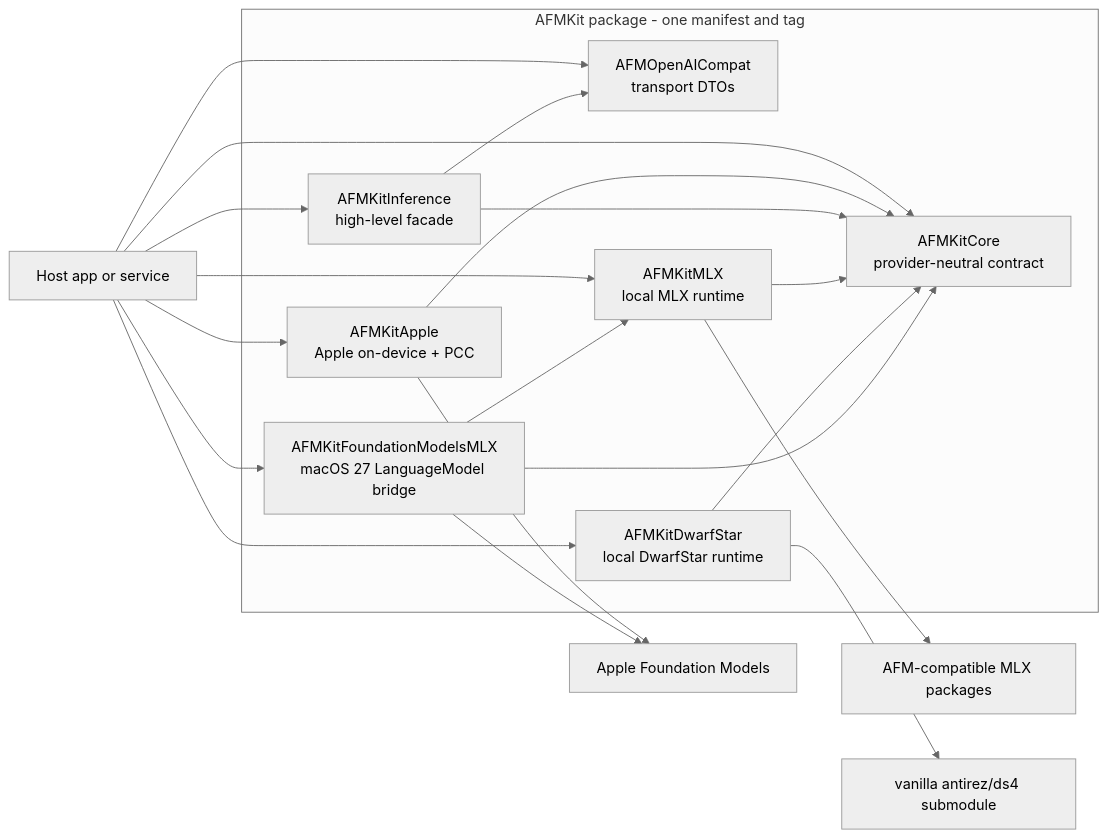
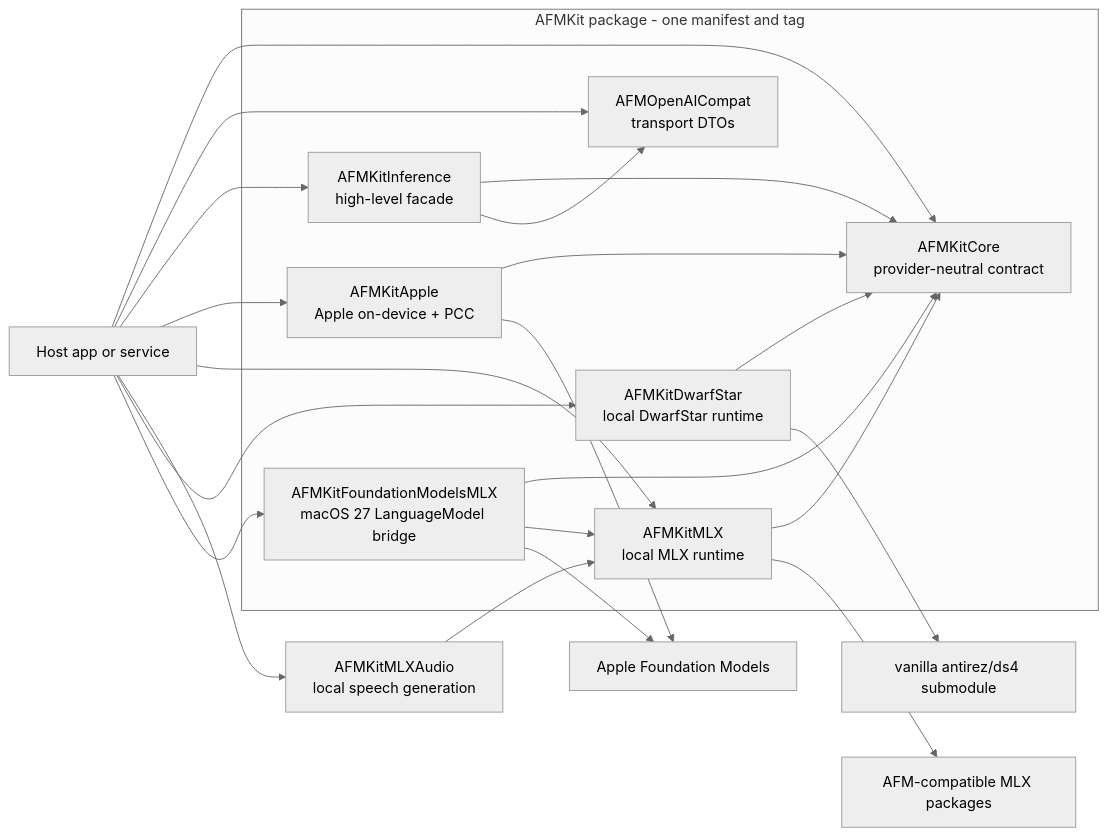
Before and after one commit to scouzi1966/AFMKit: the diagram in Architecture/README.md, drawn with Mermaid (neutral theme). The commit also changed 94 other files, not shown here.

First line of the commit message:
Add AFMKit MLX audio backend

````diff
--- a/Architecture/README.md
+++ b/Architecture/README.md
@@ -66,31 +66,33 @@
 ```mermaid
 flowchart LR
     Host["Host app or service"] --> Core["AFMKitCore\nprovider-neutral contract"]
     Host --> OAI["AFMOpenAICompat\ntransport DTOs"]
     Host --> Inference["AFMKitInference\nhigh-level facade"]
     Host --> Apple["AFMKitApple\nApple on-device + PCC"]
     Host --> MLX["AFMKitMLX\nlocal MLX runtime"]
+    Host --> Audio["AFMKitMLXAudio\nlocal speech generation"]
     Host --> DS["AFMKitDwarfStar\nlocal DwarfStar runtime"]
     Host --> FMMLX["AFMKitFoundationModelsMLX\nmacOS 27 LanguageModel bridge"]
     Apple --> Core
     Inference --> Core
     Inference --> OAI
     MLX --> Core
+    Audio --> MLX
     DS --> Core
     FMMLX --> Core
     FMMLX --> MLX
     Apple --> Foundation["Apple Foundation Models"]
     FMMLX --> Foundation
     MLX --> GitMLX["AFM-compatible MLX packages"]
     DS --> GitDS["vanilla antirez/ds4 submodule"]
 
     subgraph PublicPackage["AFMKit package - one manifest and tag"]
         Core
         OAI
         Inference
         Apple
         DS
         MLX
         FMMLX
     end
 ```
````
